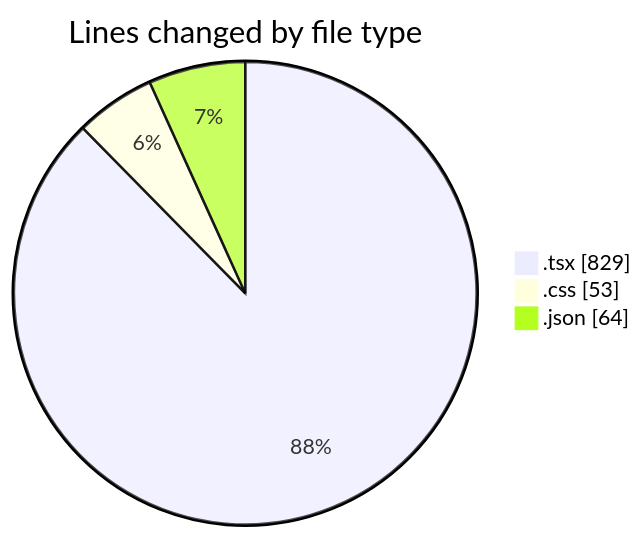
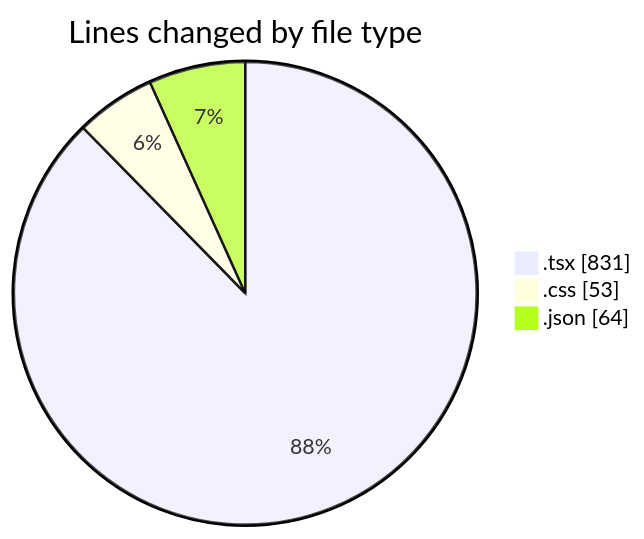
Before and after one commit to Elitesun/code-tracking: the first of 2 diagrams in 2025-04-10/product-page/README.md, drawn with Mermaid. The commit also changed other lines of this file and 1 other file, not shown here.

````diff
--- a/2025-04-10/product-page/README.md
+++ b/2025-04-10/product-page/README.md
@@ -29,7 +29,7 @@
 ```mermaid
 pie showData
 title Lines changed by file type
-".tsx" : 829
+".tsx" : 831
 ".css" : 53
 ".json" : 64
 ```
````
